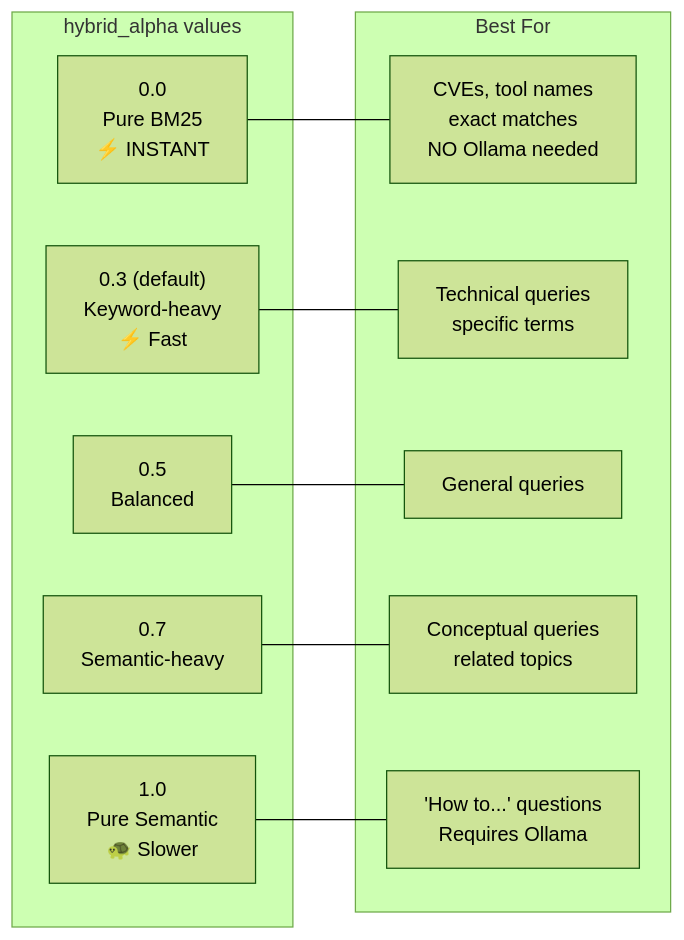
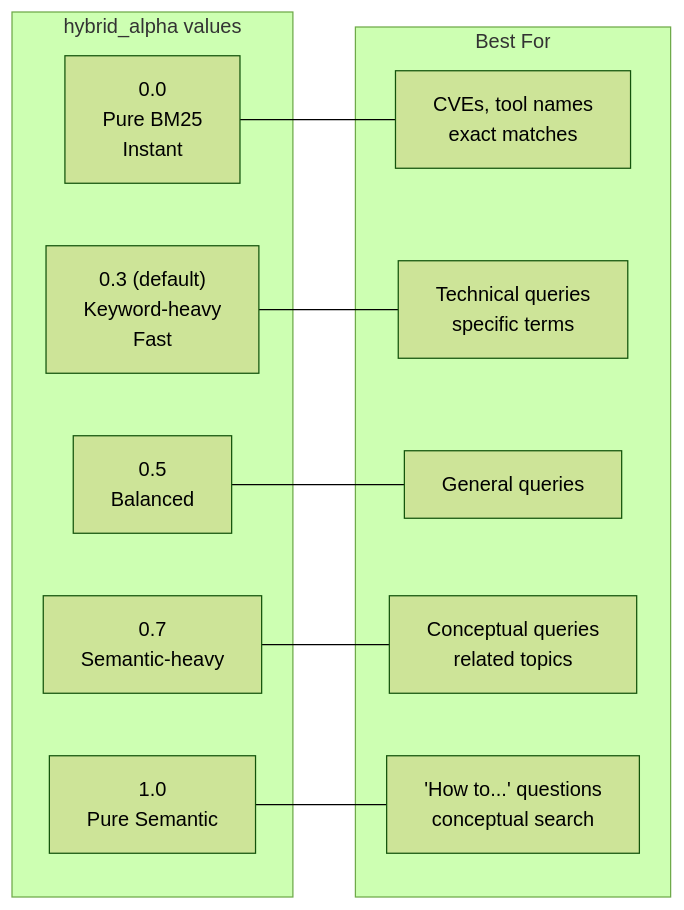
One commit to imakealol/knowledge-rag changed the fourth of 4 diagrams in README.md. Above: the diagram before and after it, drawn with Mermaid (forest theme). The commit also changed other lines of this file and 8 other files, not shown here.

````diff
--- a/README.md
+++ b/README.md
@@ -201,24 +278,24 @@
 ```mermaid
 flowchart LR
     subgraph ALPHA["hybrid_alpha values"]
-        A0["0.0<br/>Pure BM25<br/>⚡ INSTANT"]
-        A3["0.3 (default)<br/>Keyword-heavy<br/>⚡ Fast"]
+        A0["0.0<br/>Pure BM25<br/>Instant"]
+        A3["0.3 (default)<br/>Keyword-heavy<br/>Fast"]
         A5["0.5<br/>Balanced"]
         A7["0.7<br/>Semantic-heavy"]
-        A10["1.0<br/>Pure Semantic<br/>🐢 Slower"]
+        A10["1.0<br/>Pure Semantic"]
     end
 
     subgraph USE["Best For"]
-        U0["CVEs, tool names<br/>exact matches<br/>NO Ollama needed"]
+        U0["CVEs, tool names<br/>exact matches"]
         U3["Technical queries<br/>specific terms"]
         U5["General queries"]
         U7["Conceptual queries<br/>related topics"]
-        U10["'How to...' questions<br/>Requires Ollama"]
+        U10["'How to...' questions<br/>conceptual search"]
     end
 
     A0 --- U0
     A3 --- U3
     A5 --- U5
     A7 --- U7
     A10 --- U10
 ```
````
